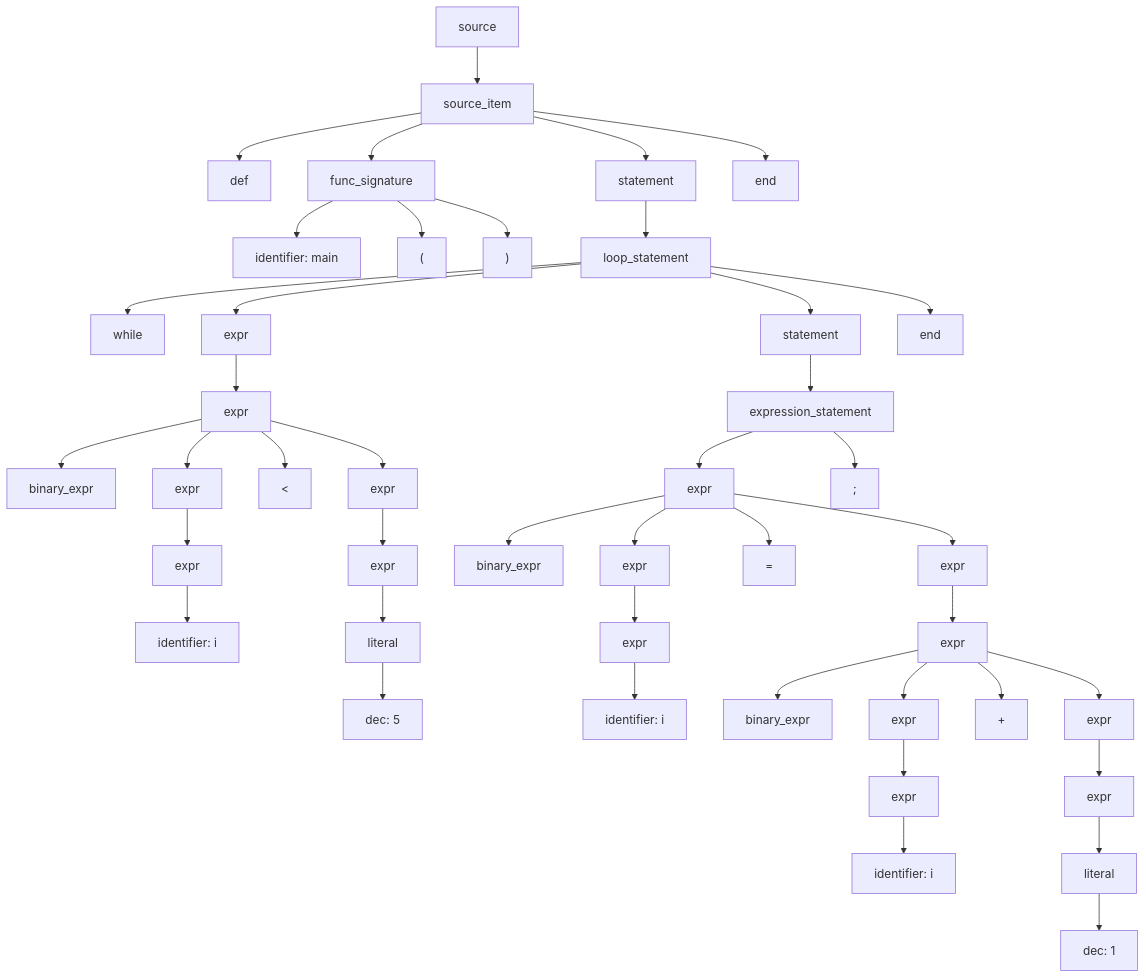
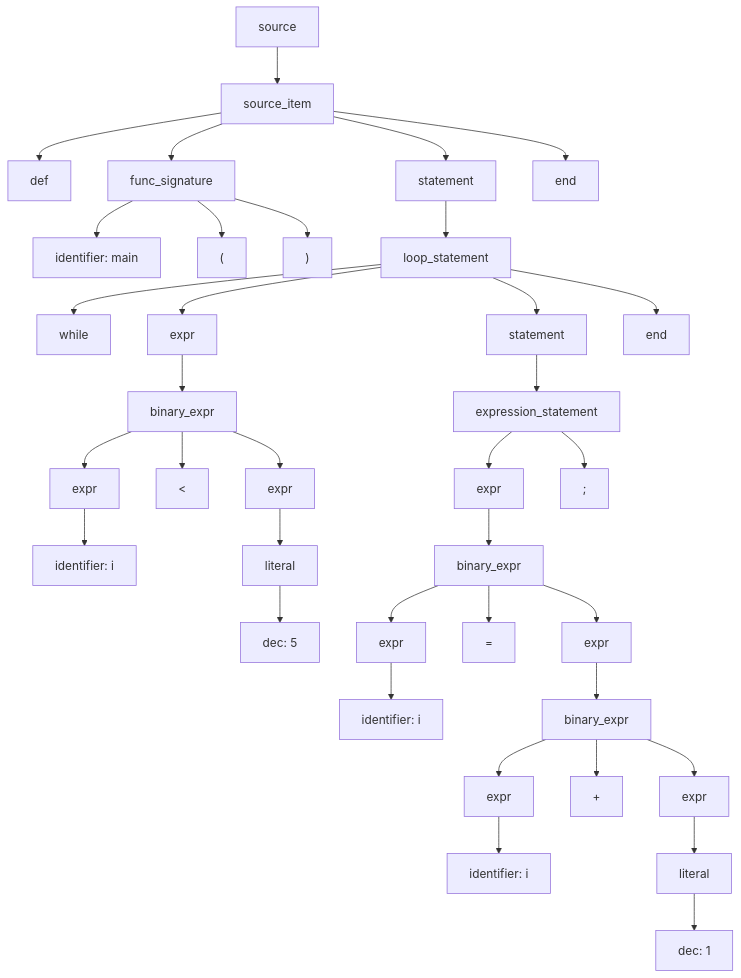
The diagram in examples/while_loop/output.mmd (ErnandesDaniel/system-software-lab-2-1), drawn with Mermaid before and after one commit. The commit also changed 4 other files, not shown here.

```diff
--- a/examples/while_loop/output.mmd
+++ b/examples/while_loop/output.mmd
@@ -1,86 +1,72 @@
 graph TD;
 N0["source"]
 N1["source_item"]
 N0 --> N1
 N2["def"]
 N1 --> N2
 N3["func_signature"]
 N1 --> N3
 N4["identifier: main"]
 N3 --> N4
 N5["("]
 N3 --> N5
 N6[")"]
 N3 --> N6
 N7["statement"]
 N1 --> N7
 N8["loop_statement"]
 N7 --> N8
 N9["while"]
 N8 --> N9
 N10["expr"]
 N8 --> N10
-N11["expr"]
+N11["binary_expr"]
 N10 --> N11
-N12["binary_expr"]
+N12["expr"]
 N11 --> N12
-N13["expr"]
-N11 --> N13
-N14["expr"]
-N13 --> N14
-N15["identifier: i"]
-N14 --> N15
-N16["<"]
-N11 --> N16
-N17["expr"]
-N11 --> N17
-N18["expr"]
-N17 --> N18
-N19["literal"]
+N13["identifier: i"]
+N12 --> N13
+N14["<"]
+N11 --> N14
+N15["expr"]
+N11 --> N15
+N16["literal"]
+N15 --> N16
+N17["dec: 5"]
+N16 --> N17
+N18["statement"]
+N8 --> N18
+N19["expression_statement"]
 N18 --> N19
-N20["dec: 5"]
+N20["expr"]
 N19 --> N20
-N21["statement"]
-N8 --> N21
-N22["expression_statement"]
+N21["binary_expr"]
+N20 --> N21
+N22["expr"]
 N21 --> N22
-N23["expr"]
+N23["identifier: i"]
 N22 --> N23
-N24["binary_expr"]
-N23 --> N24
+N24["="]
+N21 --> N24
 N25["expr"]
-N23 --> N25
-N26["expr"]
+N21 --> N25
+N26["binary_expr"]
 N25 --> N26
-N27["identifier: i"]
+N27["expr"]
 N26 --> N27
-N28["="]
-N23 --> N28
-N29["expr"]
-N23 --> N29
+N28["identifier: i"]
+N27 --> N28
+N29["+"]
+N26 --> N29
 N30["expr"]
-N29 --> N30
-N31["binary_expr"]
+N26 --> N30
+N31["literal"]
 N30 --> N31
-N32["expr"]
-N30 --> N32
-N33["expr"]
-N32 --> N33
-N34["identifier: i"]
-N33 --> N34
-N35["+"]
-N30 --> N35
-N36["expr"]
-N30 --> N36
-N37["expr"]
-N36 --> N37
-N38["literal"]
-N37 --> N38
-N39["dec: 1"]
-N38 --> N39
-N40[";"]
-N22 --> N40
-N41["end"]
-N8 --> N41
-N42["end"]
-N1 --> N42
+N32["dec: 1"]
+N31 --> N32
+N33[";"]
+N19 --> N33
+N34["end"]
+N8 --> N34
+N35["end"]
+N1 --> N35
```
